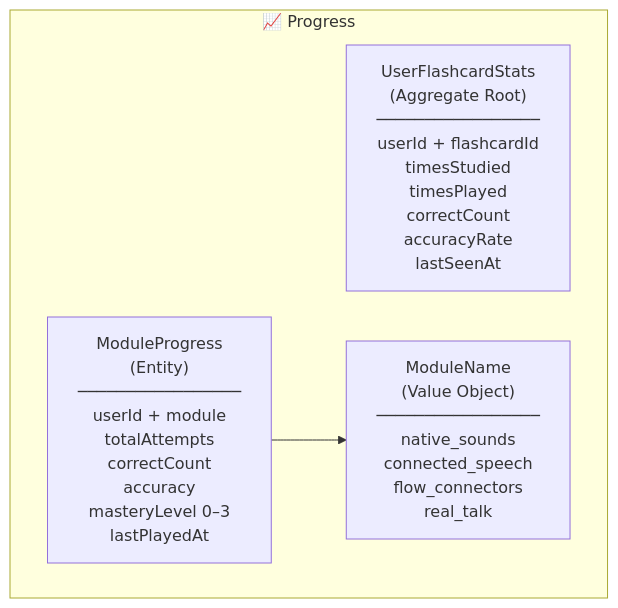
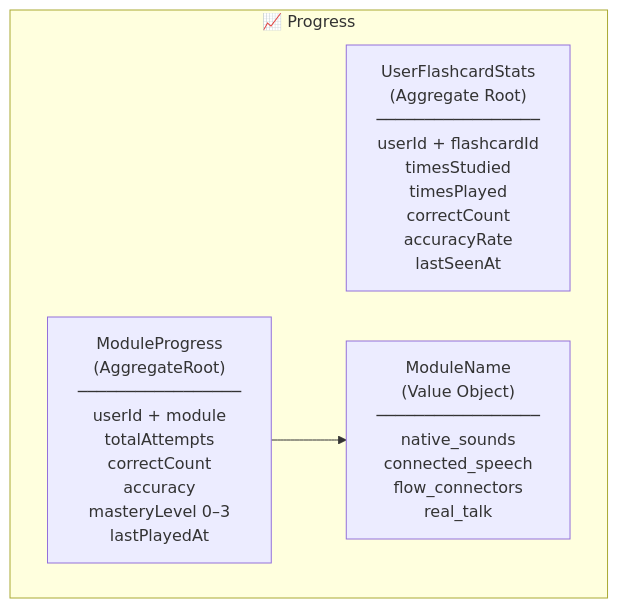
One commit to AbrahamVilchesDeLaCruz/ididntcatchthat changed the first of 2 diagrams in docs/domain/progress.md. Above: the diagram before and after it, drawn with Mermaid. The commit also changed 7 other files, not shown here.

````diff
--- a/docs/domain/progress.md
+++ b/docs/domain/progress.md
@@ -22,9 +22,9 @@
 ```mermaid
 graph TD
     subgraph Progress ["📈 Progress"]
         UFS["UserFlashcardStats\n(Aggregate Root)\n─────────────────\nuserId + flashcardId\ntimesStudied\ntimesPlayed\ncorrectCount\naccuracyRate\nlastSeenAt"]
-        MP["ModuleProgress\n(Entity)\n─────────────────\nuserId + module\ntotalAttempts\ncorrectCount\naccuracy\nmasteryLevel 0–3\nlastPlayedAt"]
+        MP["ModuleProgress\n(AggregateRoot)\n─────────────────\nuserId + module\ntotalAttempts\ncorrectCount\naccuracy\nmasteryLevel 0–3\nlastPlayedAt"]
         MN["ModuleName\n(Value Object)\n─────────────────\nnative_sounds\nconnected_speech\nflow_connectors\nreal_talk"]
         MP --> MN
     end
 ```
````
